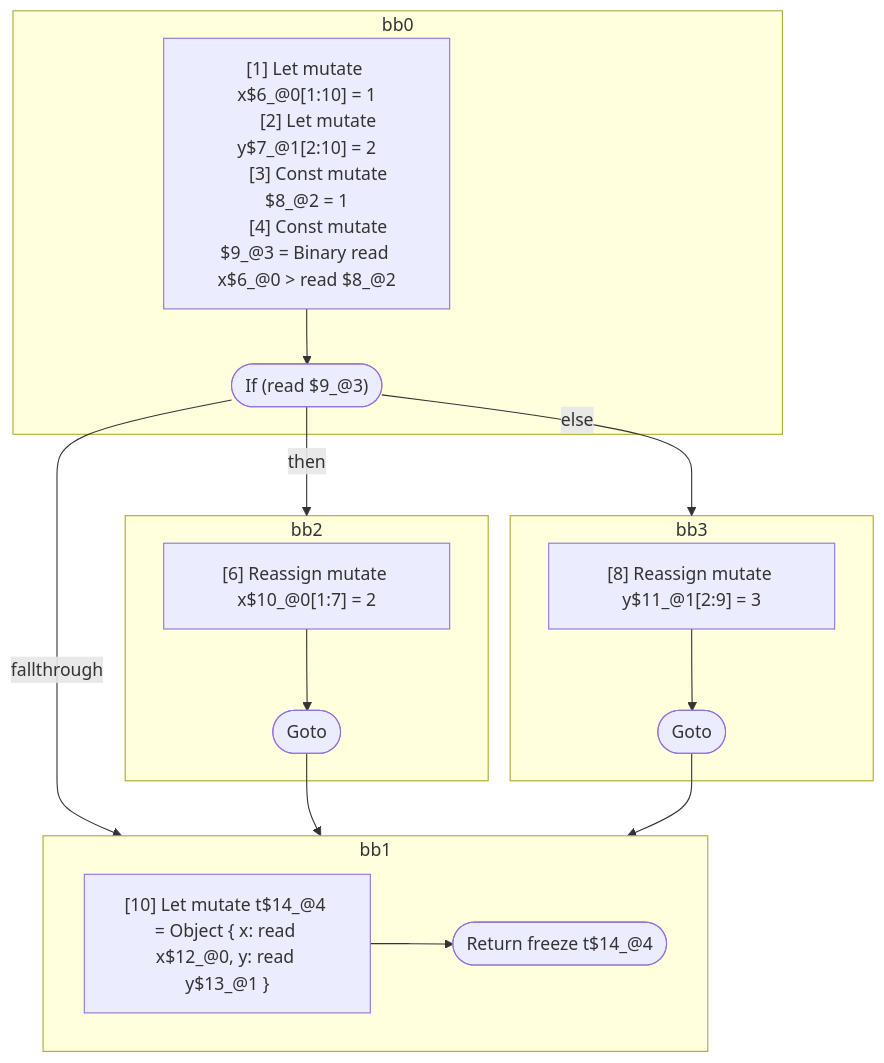
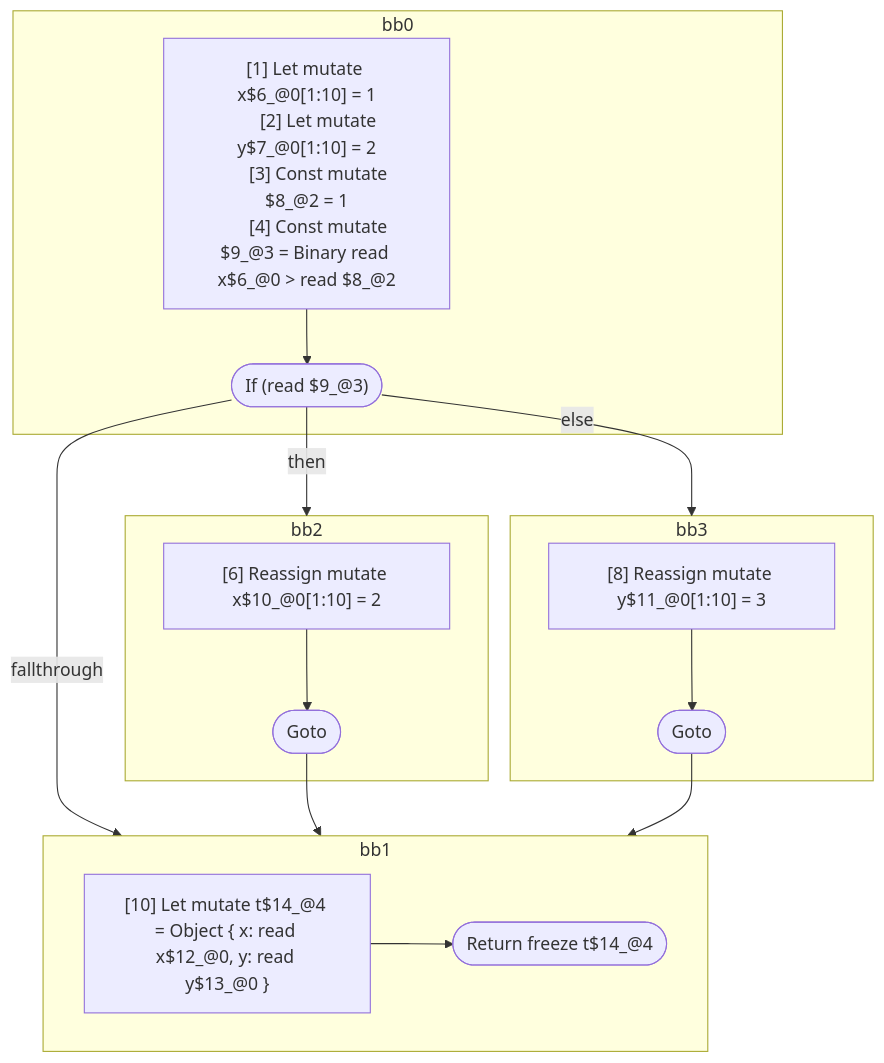
The diagram in compiler/forget/src/__tests__/fixtures/hir/ssa-objectexpression-phi.expect.md (wutsmog/private), drawn with Mermaid before and after one commit. The commit also changed other lines of this file and 30 other files, not shown here.

First line of the commit message:
Merge scopes that interleave or cross control-flow boundaries together

````diff
--- a/compiler/forget/src/__tests__/fixtures/hir/ssa-objectexpression-phi.expect.md
+++ b/compiler/forget/src/__tests__/fixtures/hir/ssa-objectexpression-phi.expect.md
@@ -48,39 +48,39 @@
 ```mermaid
 flowchart TB
   %% Basic Blocks
   subgraph bb0
     bb0_instrs["
       [1] Let mutate x$6_@0[1:10] = 1
-      [2] Let mutate y$7_@1[2:10] = 2
+      [2] Let mutate y$7_@0[1:10] = 2
       [3] Const mutate $8_@2 = 1
       [4] Const mutate $9_@3 = Binary read x$6_@0 > read $8_@2
     "]
     bb0_instrs --> bb0_terminal(["If (read $9_@3)"])
   end
   subgraph bb2
     bb2_instrs["
-      [6] Reassign mutate x$10_@0[1:7] = 2
+      [6] Reassign mutate x$10_@0[1:10] = 2
     "]
     bb2_instrs --> bb2_terminal(["Goto"])
   end
   subgraph bb3
     bb3_instrs["
-      [8] Reassign mutate y$11_@1[2:9] = 3
+      [8] Reassign mutate y$11_@0[1:10] = 3
     "]
     bb3_instrs --> bb3_terminal(["Goto"])
   end
   subgraph bb1
     bb1_instrs["
-      [10] Let mutate t$14_@4 = Object { x: read x$12_@0, y: read y$13_@1 }
+      [10] Let mutate t$14_@4 = Object { x: read x$12_@0, y: read y$13_@0 }
     "]
     bb1_instrs --> bb1_terminal(["Return freeze t$14_@4"])
   end
 
   %% Jumps
   bb0_terminal -- "then" --> bb2
   bb0_terminal -- "else" --> bb3
   bb0_terminal -- "fallthrough" --> bb1
   bb2_terminal --> bb1
   bb3_terminal --> bb1
 
 ```
````
